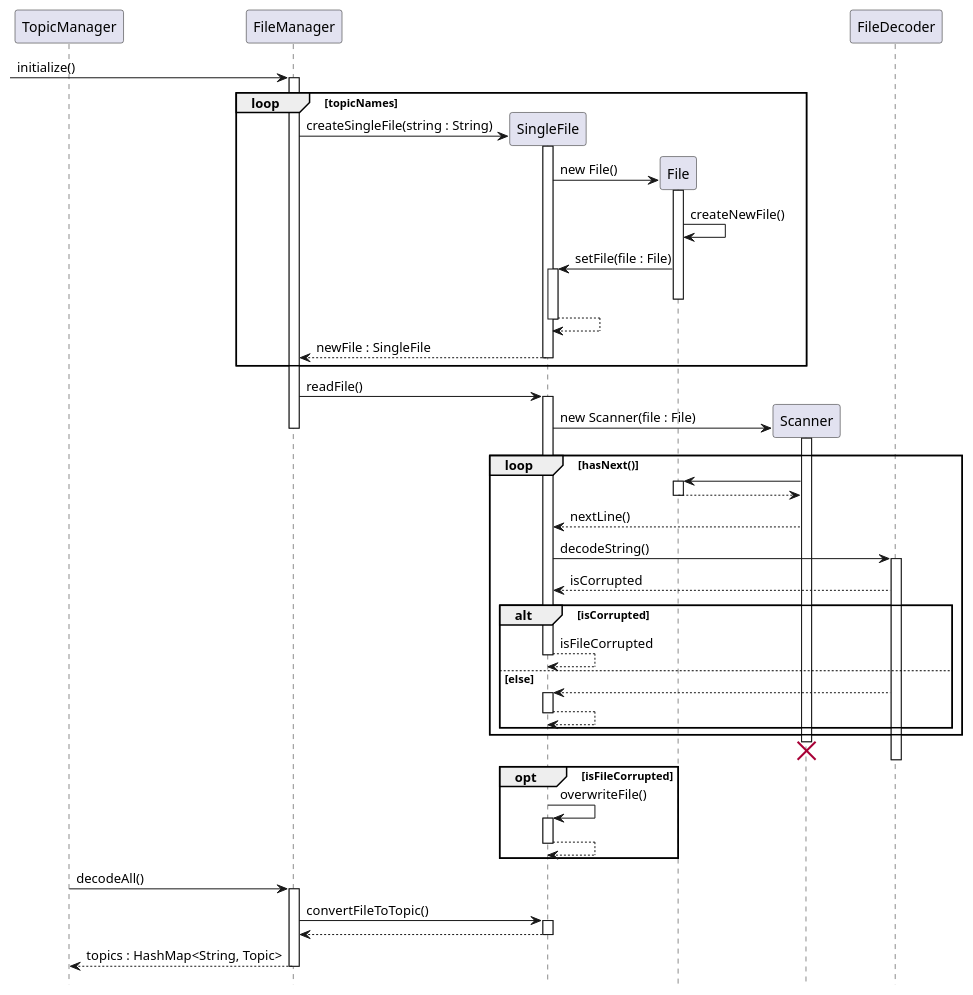
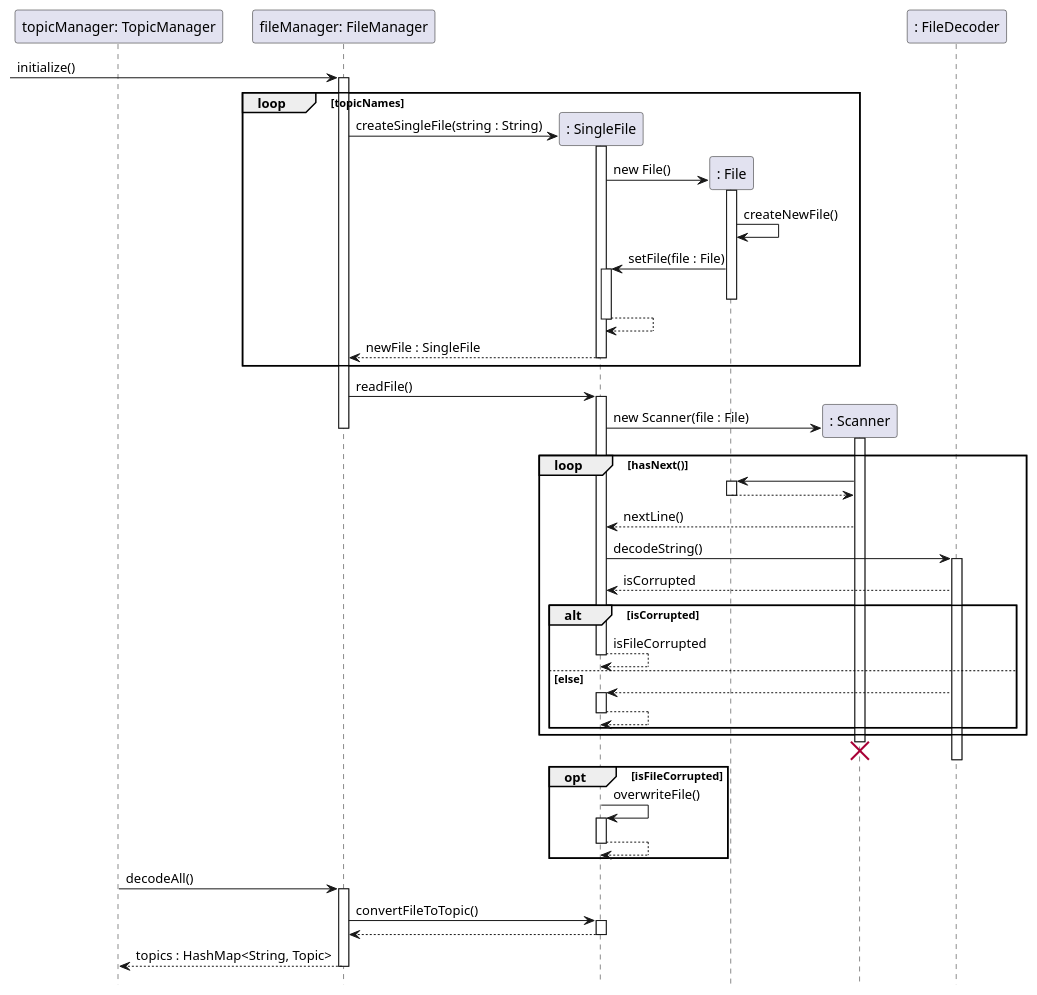
The diagram in docs/sequence-diagrams/source-files/InitializationFileManager.puml (ong-ck/tp), drawn with PlantUML before and after one commit. The commit also changed 16 other files, not shown here.

Commit message:
Update sequence diagrams to remove footbox

```diff
--- a/docs/sequence-diagrams/source-files/InitializationFileManager.puml
+++ b/docs/sequence-diagrams/source-files/InitializationFileManager.puml
@@ -1,67 +1,67 @@
 @startuml
 hide footbox
 
-participant TopicManager as tm
-participant FileManager as fm
-participant SingleFile as sf
-participant File as f
-participant Scanner as s
-participant FileDecoder as fd
+participant "topicManager: TopicManager" as tm
+participant "fileManager: FileManager" as fm
+participant ": SingleFile" as sf
+participant ": File" as f
+participant ": Scanner" as s
+participant ": FileDecoder" as fd
 
 -> fm : initialize()
 activate fm
 loop topicNames
     fm -> sf ** : createSingleFile(string : String)
     activate sf
     sf -> f ** : new File()
     activate f
     f -> f : createNewFile()
     f -> sf : setFile(file : File)
     activate sf
     deactivate f
     sf --> sf
     deactivate sf
     sf --> fm : newFile : SingleFile
     deactivate sf
 end
 fm -> sf : readFile()
 activate sf
 sf -> s ** : new Scanner(file : File)
 activate s
 deactivate fm
     loop hasNext()
     s -> f
     activate f
     f --> s
     deactivate f
     s --> sf : nextLine()
     sf -> fd : decodeString()
     activate fd
     fd --> sf : isCorrupted
         alt isCorrupted
         sf --> sf : isFileCorrupted
         deactivate sf
         else else
         fd --> sf
         activate sf
         sf-->sf
         deactivate sf
         end
     end
     destroy s
     deactivate sf
     deactivate fd
     opt isFileCorrupted
     sf -> sf : overwriteFile()
     activate sf
     sf --> sf
     deactivate sf
     end
 tm -> fm : decodeAll()
 activate fm
 fm -> sf : convertFileToTopic()
 activate sf
 return
 return topics : HashMap<String, Topic>
 
 @enduml
```
